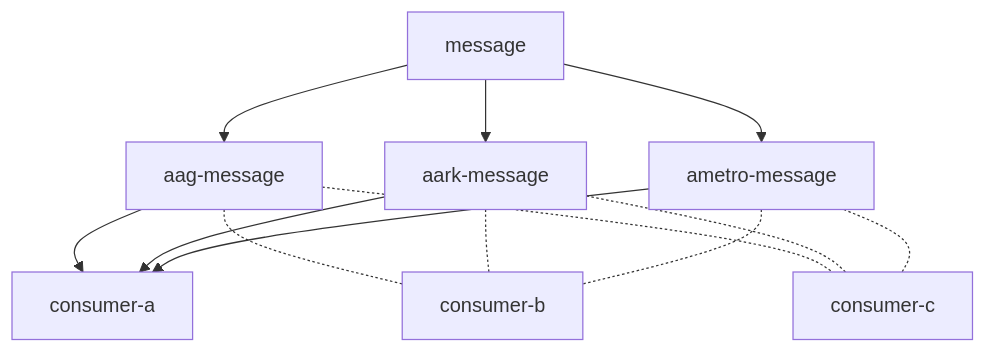
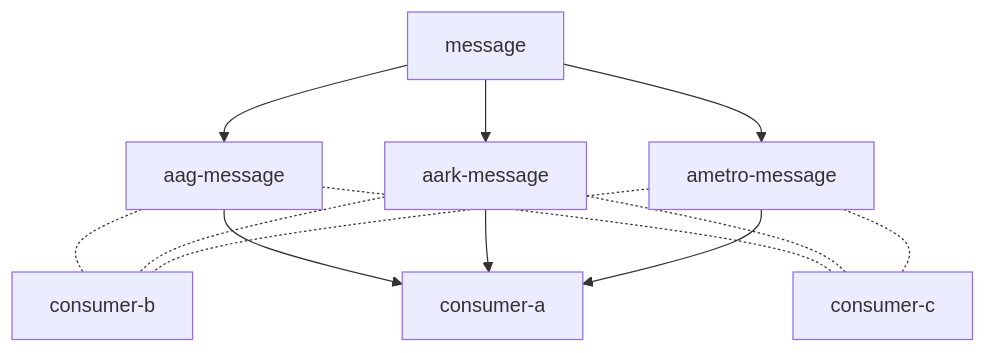
One commit to sethreno/MassTransitPlayground changed the first of 2 diagrams in readme.md. Above: the diagram before and after it, drawn with Mermaid. The commit also changed other lines of this file, not shown here.

````diff
--- a/readme.md
+++ b/readme.md
@@ -21,18 +21,18 @@
 ```mermaid
 flowchart TD;
     message-->aag-message;
     message-->aark-message;
     message-->ametro-message;
 
+    aag-message-.-consumer-b;
+    aark-message-.-consumer-b;
+    ametro-message-.-consumer-b;
+
     aag-message-->consumer-a;
     aark-message-->consumer-a;
     ametro-message-->consumer-a;
-
-    aag-message-.-consumer-b;
-    aark-message-.-consumer-b;
-    ametro-message-.-consumer-b;
 
     aag-message-.-consumer-c;
     aark-message-.-consumer-c;
     ametro-message-.-consumer-c;
 ```
````
